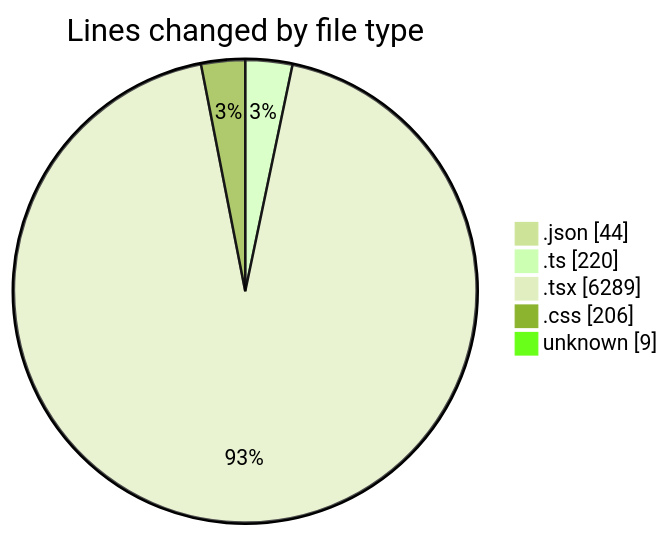
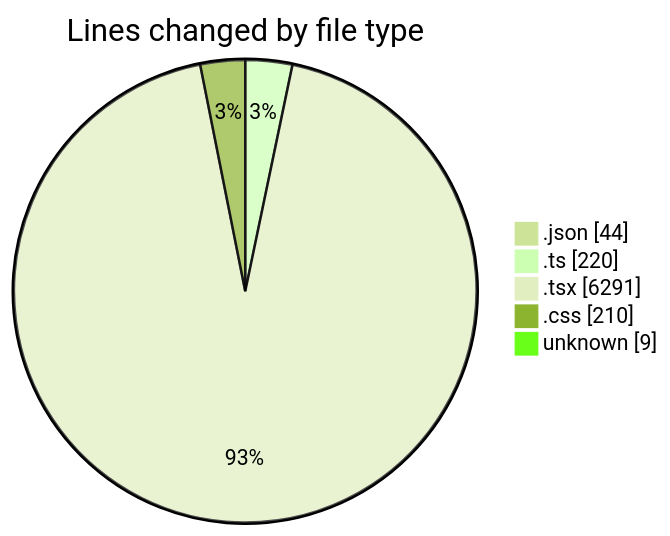
The first of 2 diagrams in 2025-10-24/eventscop-frontend-guide__workspace_/README.md (julien-gomy/code-tracking), drawn with Mermaid (forest theme) before and after one commit. The commit also changed other lines of this file and 1 other file, not shown here.

````diff
--- a/2025-10-24/eventscop-frontend-guide__workspace_/README.md
+++ b/2025-10-24/eventscop-frontend-guide__workspace_/README.md
@@ -48,9 +48,9 @@
 ```mermaid
 pie showData
 title Lines changed by file type
 ".json" : 44
 ".ts" : 220
-".tsx" : 6289
-".css" : 206
+".tsx" : 6291
+".css" : 210
 "unknown" : 9
 ```
````
